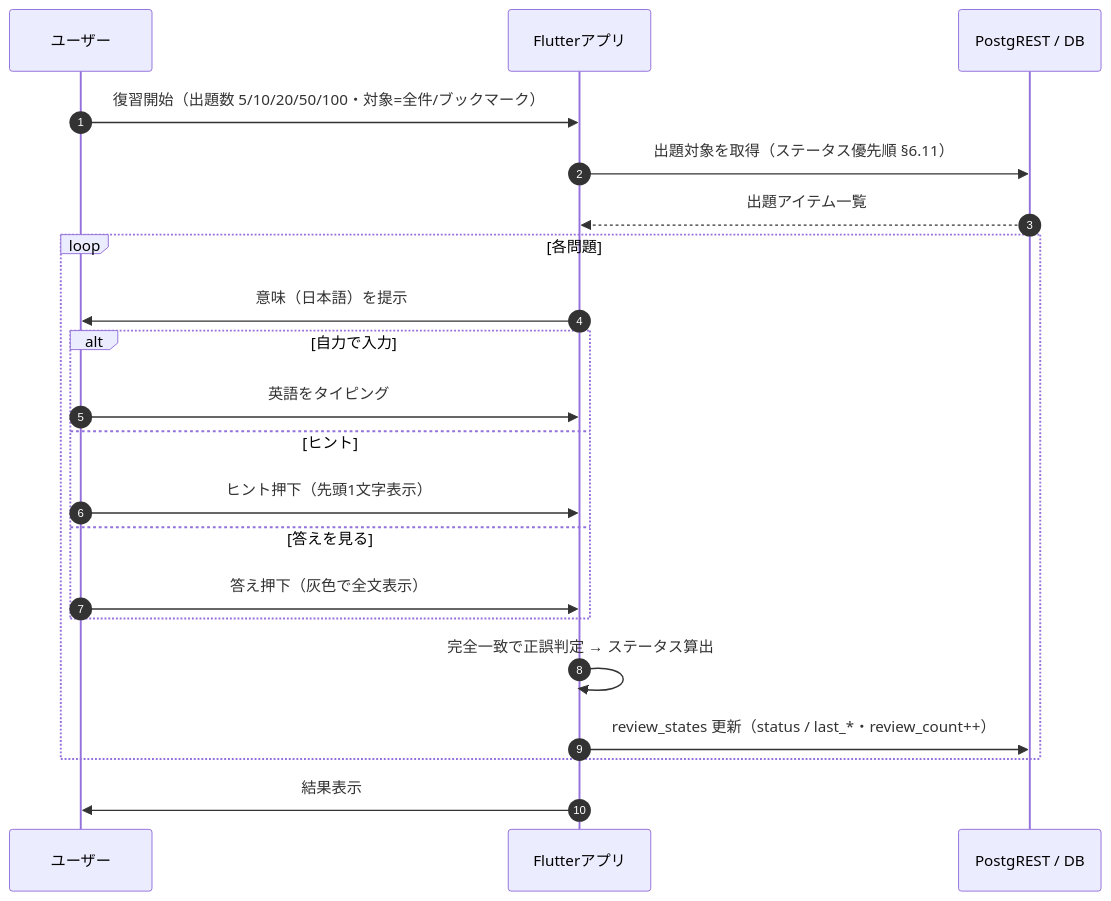
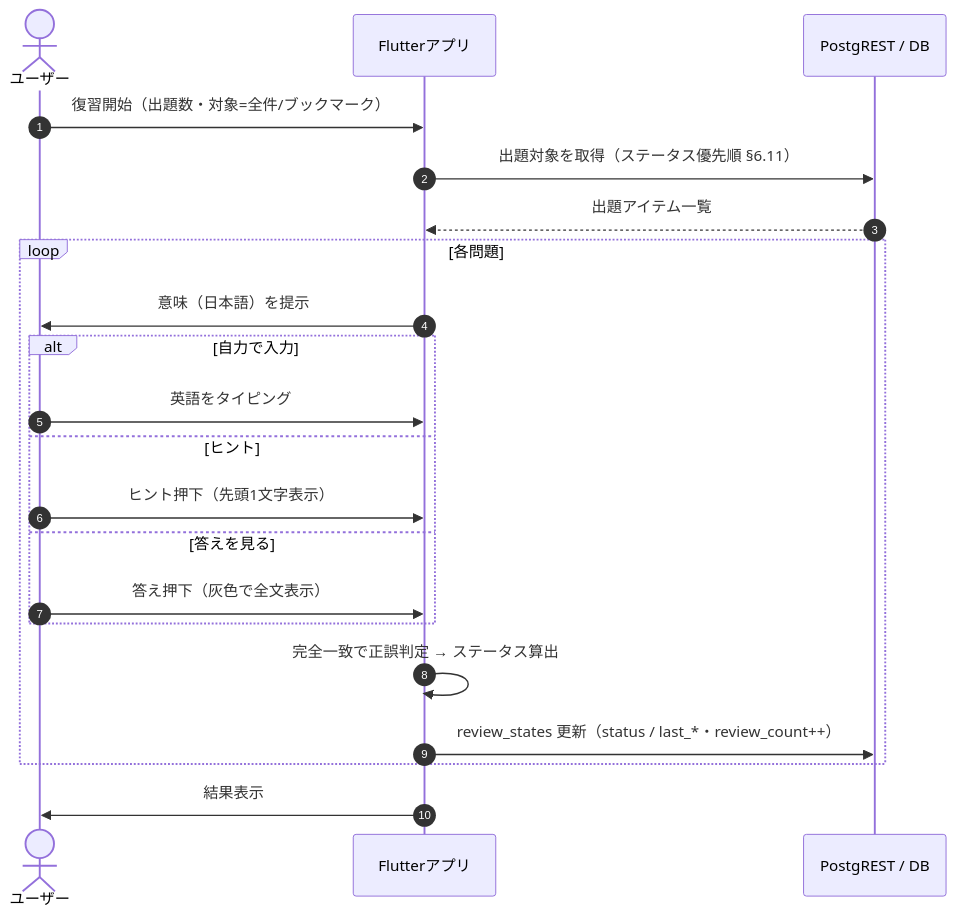
One commit to komikonkon/Rakuku changed the fifth of 7 diagrams in docs/architecture.md. Above: the diagram before and after it, drawn with Mermaid. The commit also changed other lines of this file and 1 other file, not shown here.

First line of the commit message:
Improve diagrams: color-coding, fewer line crossings, review-friendly layout

````diff
--- a/docs/architecture.md
+++ b/docs/architecture.md
@@ -121,24 +163,24 @@
 ```mermaid
 sequenceDiagram
     autonumber
-    participant U as ユーザー
+    actor U as ユーザー
     participant App as Flutterアプリ
     participant DB as PostgREST / DB
 
-    U->>App: 復習開始（出題数 5/10/20/50/100・対象=全件/ブックマーク）
+    U->>App: 復習開始（出題数・対象=全件/ブックマーク）
     App->>DB: 出題対象を取得（ステータス優先順 §6.11）
     DB-->>App: 出題アイテム一覧
     loop 各問題
         App->>U: 意味（日本語）を提示
         alt 自力で入力
             U->>App: 英語をタイピング
         else ヒント
             U->>App: ヒント押下（先頭1文字表示）
         else 答えを見る
             U->>App: 答え押下（灰色で全文表示）
         end
         App->>App: 完全一致で正誤判定 → ステータス算出
         App->>DB: review_states 更新（status / last_*・review_count++）
     end
     App->>U: 結果表示
 ```
````
